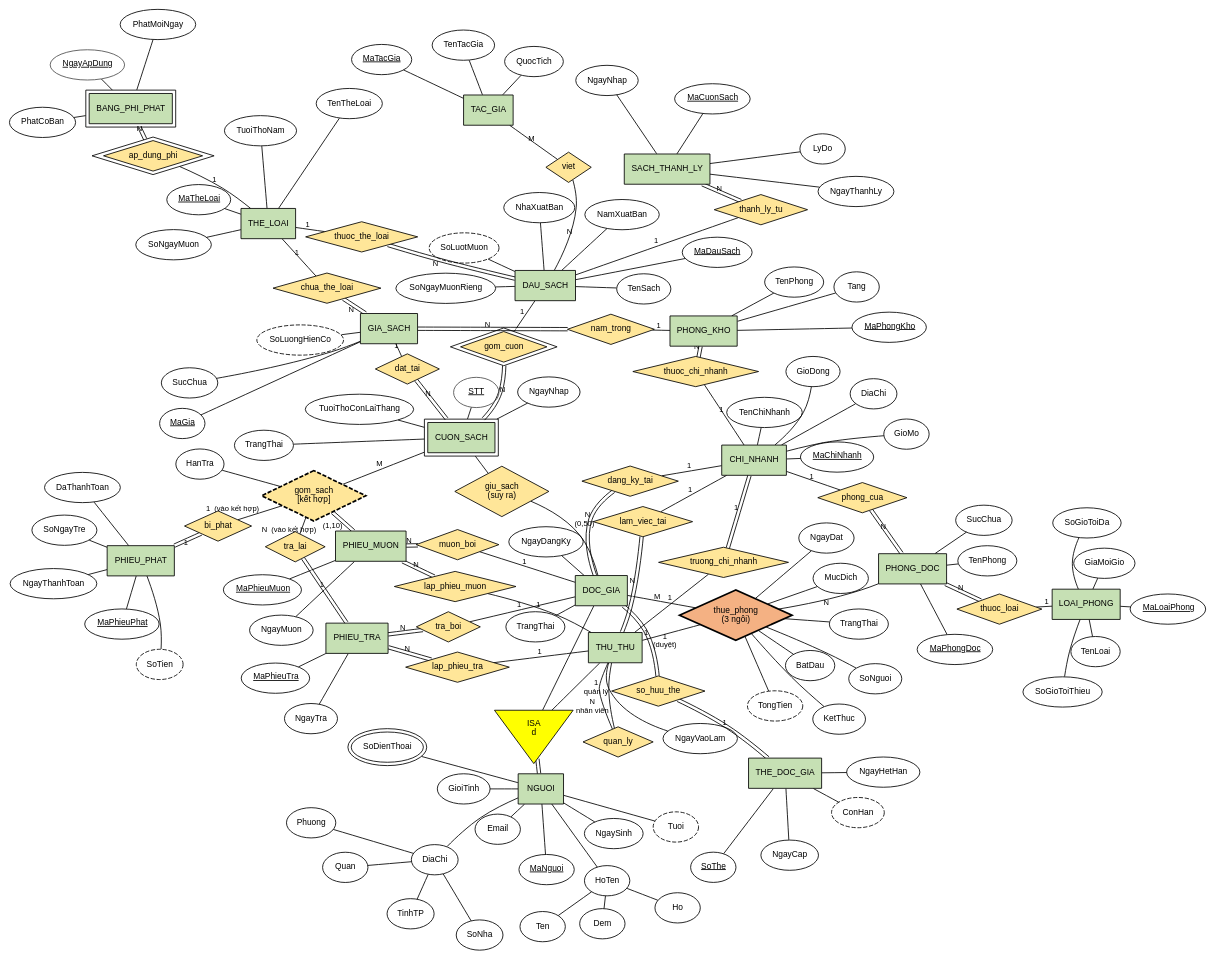
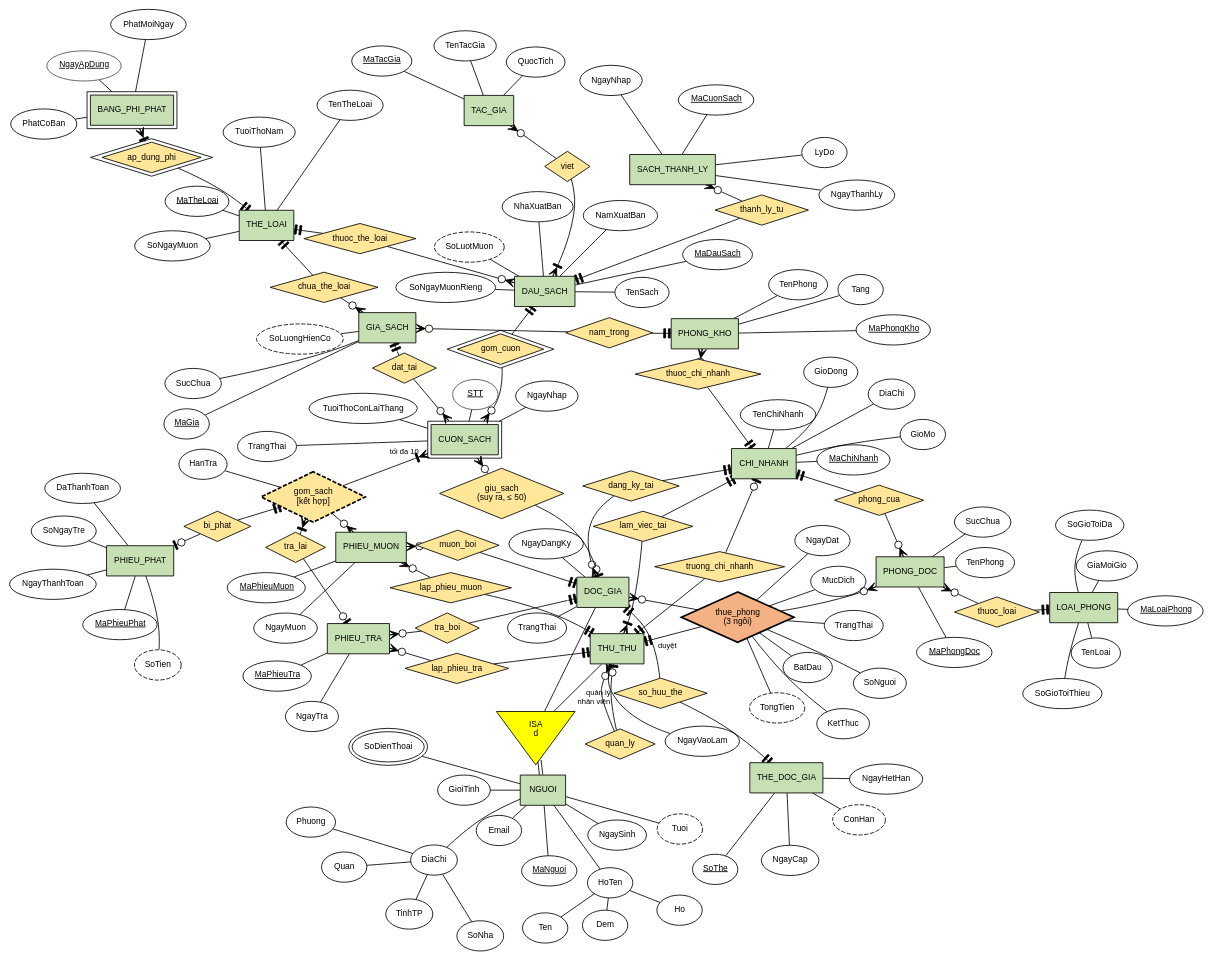
The diagram in ma_nguon/erd/erd.dot (minhonline2k2/sql_manage_library), drawn with Graphviz before and after one commit. The commit also changed 10 other files, not shown here.

```diff
--- a/ma_nguon/erd/erd.dot
+++ b/ma_nguon/erd/erd.dot
@@ -1,6 +1,6 @@
 graph ERD {
 graph [layout=neato, overlap=false, sep="+6", splines=true, fontname="Arial", outputorder=edgesfirst];
-node [fontname="Arial", fontsize=10]; edge [fontname="Arial", fontsize=9];
+node [fontname="Arial", fontsize=10]; edge [fontname="Arial", fontsize=9, arrowsize=1.1, labelfontsize=9, labeldistance=2.8];
 CHI_NHANH [shape=box, style=filled, fillcolor="#C6E0B4", label="CHI_NHANH"];
 a1 [shape=ellipse, label=<<U>MaChiNhanh</U>>, style="solid"];
 a2 [shape=ellipse, label="TenChiNhanh", style="solid"];
@@ -118,7 +118,7 @@
 a75 [shape=ellipse, label="HanTra", style="solid"];
 r_tralai [shape=diamond, style=filled, fillcolor="#FFE699", label="tra_lai"];
 r_biphat [shape=diamond, style=filled, fillcolor="#FFE699", label="bi_phat"];
-r_giu [shape=diamond, style=filled, fillcolor="#FFE699", label="giu_sach\n(suy ra)"];
+r_giu [shape=diamond, style=filled, fillcolor="#FFE699", label="giu_sach\n(suy ra, ≤ 50)"];
 r_thue [shape=diamond, style=filled, fillcolor="#F4B183", penwidth=2, label="thue_phong\n(3 ngôi)"];
 a76 [shape=ellipse, label="NgayDat", style="solid"];
 a77 [shape=ellipse, label="BatDau", style="solid"];
@@ -201,61 +201,61 @@
 PHONG_DOC -- a72;
 PHONG_DOC -- a73;
 PHONG_DOC -- a74;
-NGUOI -- ISA [label="", color="black:white:black"];
-ISA -- DOC_GIA [label=""];
-ISA -- THU_THU [label=""];
-THU_THU -- r_truong [label="1"];
-r_truong -- CHI_NHANH [label="1", color="black:white:black"];
-THU_THU -- r_lamviec [label="N", color="black:white:black"];
-r_lamviec -- CHI_NHANH [label="1"];
-THU_THU -- r_quanly [label="1\nquản lý"];
-r_quanly -- THU_THU [label="N\nnhân viên"];
-DOC_GIA -- r_dangky [label="N", color="black:white:black"];
-r_dangky -- CHI_NHANH [label="1"];
-DOC_GIA -- r_the [label="1", color="black:white:black"];
-r_the -- THE_DOC_GIA [label="1", color="black:white:black"];
-DAU_SACH -- r_theloai [label="N", color="black:white:black"];
-r_theloai -- THE_LOAI [label="1"];
-THE_LOAI -- r_phi [label="1"];
-r_phi -- BANG_PHI_PHAT [label="N", color="black:white:black"];
-DAU_SACH -- r_viet [label="N"];
-r_viet -- TAC_GIA [label="M"];
-DAU_SACH -- r_gomcuon [label="1"];
-r_gomcuon -- CUON_SACH [label="N", color="black:white:black"];
-CUON_SACH -- r_dattai [label="N", color="black:white:black"];
-r_dattai -- GIA_SACH [label="1"];
-GIA_SACH -- r_chuatl [label="N", color="black:white:black"];
-r_chuatl -- THE_LOAI [label="1"];
-GIA_SACH -- r_namtrong [label="N", color="black:white:black"];
-r_namtrong -- PHONG_KHO [label="1"];
-PHONG_KHO -- r_khocn [label="N", color="black:white:black"];
-r_khocn -- CHI_NHANH [label="1"];
-THU_THU -- r_lapmuon [label="1"];
-r_lapmuon -- PHIEU_MUON [label="N", color="black:white:black"];
-DOC_GIA -- r_muonboi [label="1"];
-r_muonboi -- PHIEU_MUON [label="N", color="black:white:black"];
-THU_THU -- r_lap_tra [label="1"];
-r_lap_tra -- PHIEU_TRA [label="N", color="black:white:black"];
-DOC_GIA -- r_traboi [label="1"];
-r_traboi -- PHIEU_TRA [label="N", color="black:white:black"];
-PHONG_DOC -- r_loaiphong [label="N", color="black:white:black"];
-r_loaiphong -- LOAI_PHONG [label="1"];
-PHONG_DOC -- r_phongcn [label="N", color="black:white:black"];
-r_phongcn -- CHI_NHANH [label="1"];
-SACH_THANH_LY -- r_tl [label="N", color="black:white:black"];
-r_tl -- DAU_SACH [label="1"];
-PHIEU_MUON -- r_gomsach [label="(1,10)", color="black:white:black"];
-r_gomsach -- CUON_SACH [label="M"];
+NGUOI -- ISA [color="black:white:black"];
+ISA -- DOC_GIA;
+ISA -- THU_THU;
+THU_THU -- r_truong [dir=back, arrowtail=teetee];
+r_truong -- CHI_NHANH [dir=forward, arrowhead=teeodot];
+THU_THU -- r_lamviec [dir=back, arrowtail=crowtee];
+r_lamviec -- CHI_NHANH [dir=forward, arrowhead=teetee];
+THU_THU -- r_quanly [label="quản lý", dir=back, arrowtail=teeodot];
+r_quanly -- THU_THU [label="nhân viên", dir=forward, arrowhead=crowodot];
+DOC_GIA -- r_dangky [dir=back, arrowtail=crowodot];
+r_dangky -- CHI_NHANH [dir=forward, arrowhead=teetee];
+DOC_GIA -- r_the [dir=back, arrowtail=teetee];
+r_the -- THE_DOC_GIA [dir=forward, arrowhead=teetee];
+DAU_SACH -- r_theloai [dir=back, arrowtail=crowodot];
+r_theloai -- THE_LOAI [dir=forward, arrowhead=teetee];
+THE_LOAI -- r_phi [dir=back, arrowtail=teetee];
+r_phi -- BANG_PHI_PHAT [dir=forward, arrowhead=crowtee];
+DAU_SACH -- r_viet [dir=back, arrowtail=crowtee];
+r_viet -- TAC_GIA [dir=forward, arrowhead=crowodot];
+DAU_SACH -- r_gomcuon [dir=back, arrowtail=teetee];
+r_gomcuon -- CUON_SACH [dir=forward, arrowhead=crowodot];
+CUON_SACH -- r_dattai [dir=back, arrowtail=crowodot];
+r_dattai -- GIA_SACH [dir=forward, arrowhead=teetee];
+GIA_SACH -- r_chuatl [dir=back, arrowtail=crowodot];
+r_chuatl -- THE_LOAI [dir=forward, arrowhead=teetee];
+GIA_SACH -- r_namtrong [dir=back, arrowtail=crowodot];
+r_namtrong -- PHONG_KHO [dir=forward, arrowhead=teetee];
+PHONG_KHO -- r_khocn [dir=back, arrowtail=crowodot];
+r_khocn -- CHI_NHANH [dir=forward, arrowhead=teetee];
+THU_THU -- r_lapmuon [dir=back, arrowtail=teetee];
+r_lapmuon -- PHIEU_MUON [dir=forward, arrowhead=crowodot];
+DOC_GIA -- r_muonboi [dir=back, arrowtail=teetee];
+r_muonboi -- PHIEU_MUON [dir=forward, arrowhead=crowodot];
+THU_THU -- r_lap_tra [dir=back, arrowtail=teetee];
+r_lap_tra -- PHIEU_TRA [dir=forward, arrowhead=crowodot];
+DOC_GIA -- r_traboi [dir=back, arrowtail=teetee];
+r_traboi -- PHIEU_TRA [dir=forward, arrowhead=crowodot];
+PHONG_DOC -- r_loaiphong [dir=back, arrowtail=crowodot];
+r_loaiphong -- LOAI_PHONG [dir=forward, arrowhead=teetee];
+PHONG_DOC -- r_phongcn [dir=back, arrowtail=crowodot];
+r_phongcn -- CHI_NHANH [dir=forward, arrowhead=teetee];
+SACH_THANH_LY -- r_tl [dir=back, arrowtail=crowodot];
+r_tl -- DAU_SACH [dir=forward, arrowhead=teetee];
+PHIEU_MUON -- r_gomsach [dir=back, arrowtail=crowodot];
+r_gomsach -- CUON_SACH [dir=forward, arrowhead=crowtee, headlabel="tối đa 10"];
 r_gomsach -- a75;
-PHIEU_TRA -- r_tralai [label="1", color="black:white:black"];
-r_tralai -- r_gomsach [label="N  (vào kết hợp)"];
-PHIEU_PHAT -- r_biphat [label="1", color="black:white:black"];
-r_biphat -- r_gomsach [label="1  (vào kết hợp)"];
-DOC_GIA -- r_giu [label="(0,50)"];
-r_giu -- CUON_SACH [label=""];
-DOC_GIA -- r_thue [label="M"];
-PHONG_DOC -- r_thue [label="N"];
-THU_THU -- r_thue [label="1\n(duyệt)"];
+PHIEU_TRA -- r_tralai [dir=back, arrowtail=teeodot];
+r_tralai -- r_gomsach [dir=forward, arrowhead=crowtee];
+PHIEU_PHAT -- r_biphat [dir=back, arrowtail=teeodot];
+r_biphat -- r_gomsach [dir=forward, arrowhead=teetee];
+DOC_GIA -- r_giu [dir=back, arrowtail=teeodot];
+r_giu -- CUON_SACH [dir=forward, arrowhead=crowodot];
+DOC_GIA -- r_thue [dir=back, arrowtail=crowodot];
+PHONG_DOC -- r_thue [dir=back, arrowtail=crowodot];
+THU_THU -- r_thue [dir=back, arrowtail=teetee, taillabel="duyệt"];
 r_thue -- a76;
 r_thue -- a77;
 r_thue -- a78;
```
